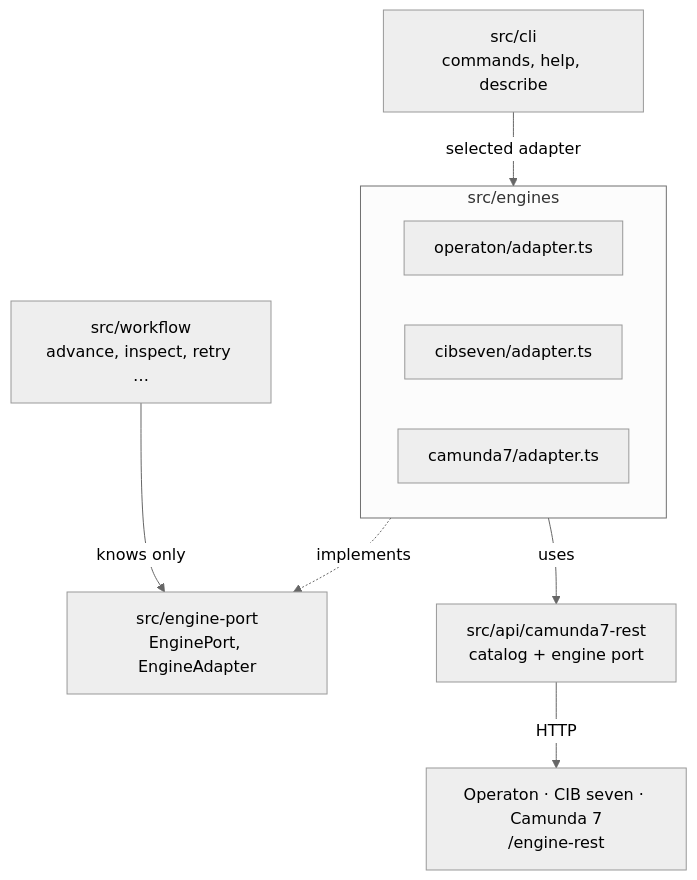
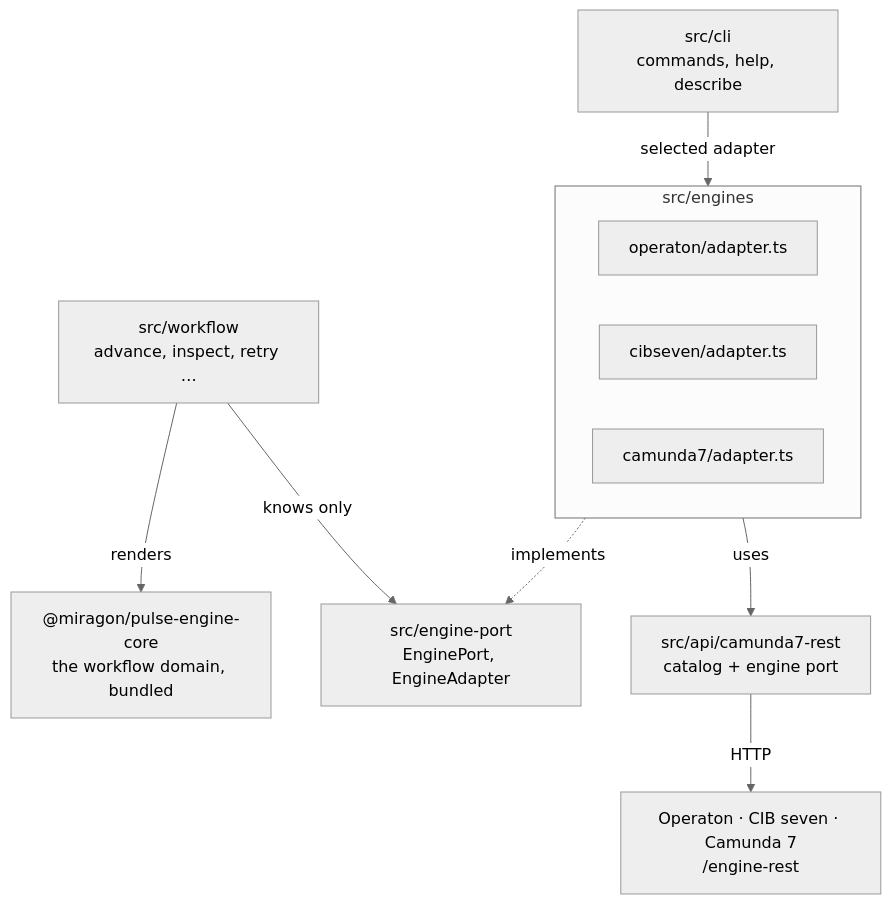
One commit to Miragon/pulse changed the first of 4 diagrams in docs/cli/architecture.md. Above: the diagram before and after it, drawn with Mermaid (neutral theme). The commit also changed other lines of this file and 136 other files, not shown here.

````diff
--- a/docs/cli/architecture.md
+++ b/docs/cli/architecture.md
@@ -7,18 +7,20 @@
 ```mermaid
 flowchart TB
   workflow["src/workflow<br/>advance, inspect, retry …"]
+  core["@miragon/pulse-engine-core<br/>the workflow domain, bundled"]
   cli["src/cli<br/>commands, help, describe"]
   port["src/engine-port<br/>EnginePort, EngineAdapter"]
   subgraph engines["src/engines"]
     operaton["operaton/adapter.ts"]
     cibseven["cibseven/adapter.ts"]
     camunda7["camunda7/adapter.ts"]
   end
   api["src/api/camunda7-rest<br/>catalog + engine port"]
   rest["Operaton · CIB seven · Camunda 7<br/>/engine-rest"]
   workflow -- knows only --> port
+  workflow -- renders --> core
   cli -- selected adapter --> engines
   engines -. implements .-> port
   engines -- uses --> api
   api -- HTTP --> rest
 ```
````
